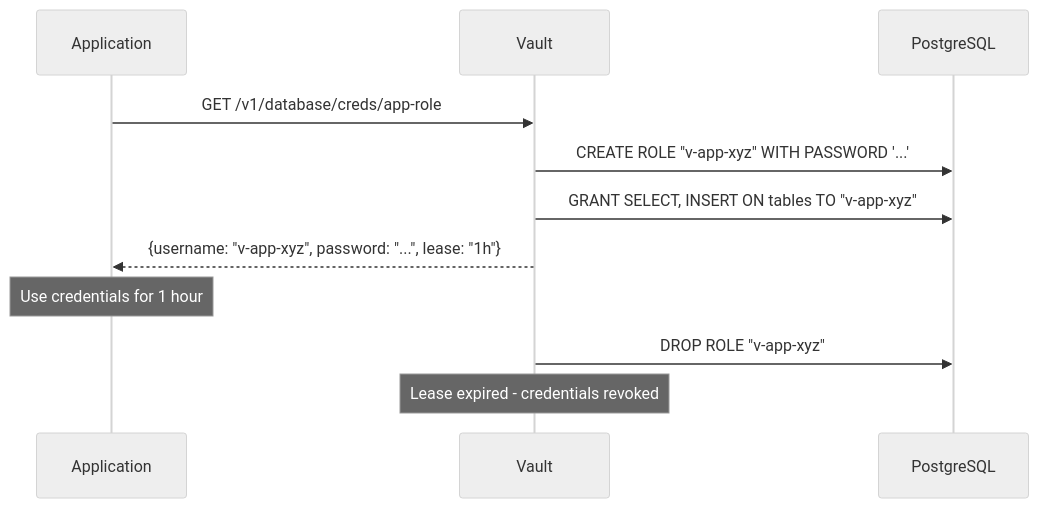
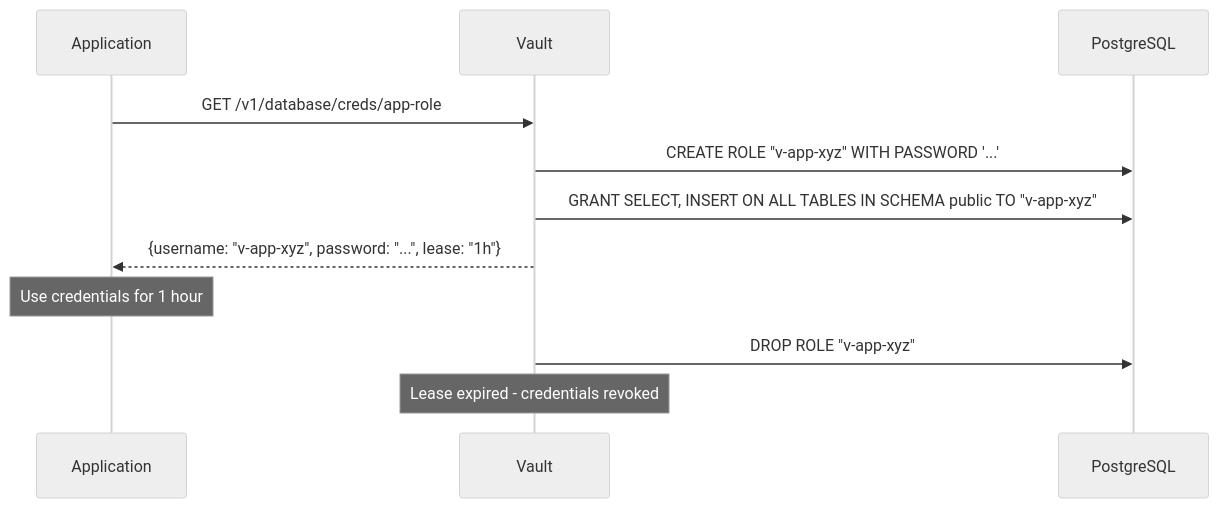
The third of 4 diagrams in posts/2026-02-20-vault-dynamic-secrets/README.md (OneUptime/blog), drawn with Mermaid (neutral theme) before and after one commit. The commit also changed other lines of this file and 2 other files, not shown here.

````diff
--- a/posts/2026-02-20-vault-dynamic-secrets/README.md
+++ b/posts/2026-02-20-vault-dynamic-secrets/README.md
@@ -51,16 +51,16 @@
 ```mermaid
 sequenceDiagram
     participant App as Application
     participant V as Vault
     participant DB as PostgreSQL
 
     App->>V: GET /v1/database/creds/app-role
     V->>DB: CREATE ROLE "v-app-xyz" WITH PASSWORD '...'
-    V->>DB: GRANT SELECT, INSERT ON tables TO "v-app-xyz"
+    V->>DB: GRANT SELECT, INSERT ON ALL TABLES IN SCHEMA public TO "v-app-xyz"
     V-->>App: {username: "v-app-xyz", password: "...", lease: "1h"}
 
     Note over App: Use credentials for 1 hour
 
     V->>DB: DROP ROLE "v-app-xyz"
     Note over V: Lease expired - credentials revoked
 ```
````
